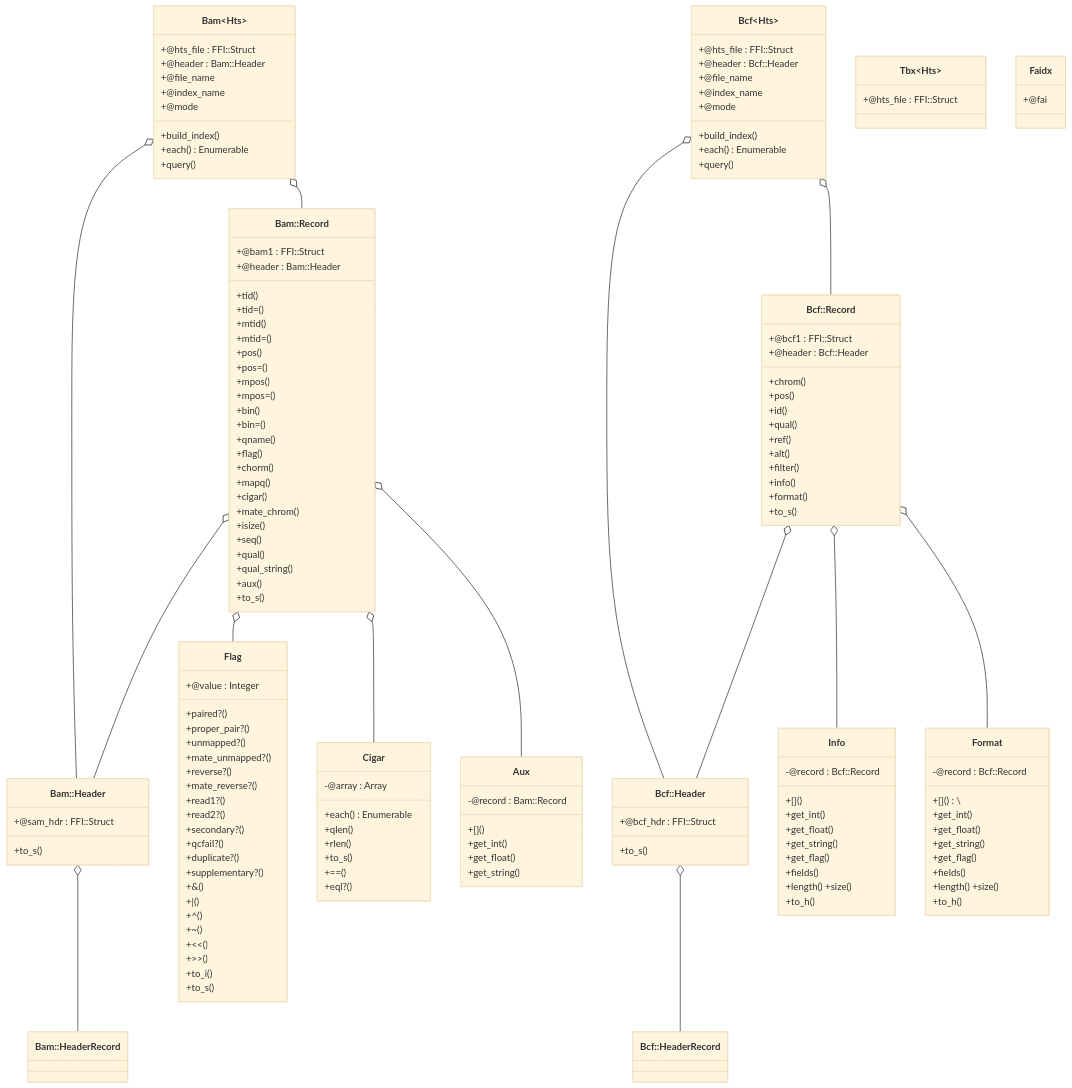
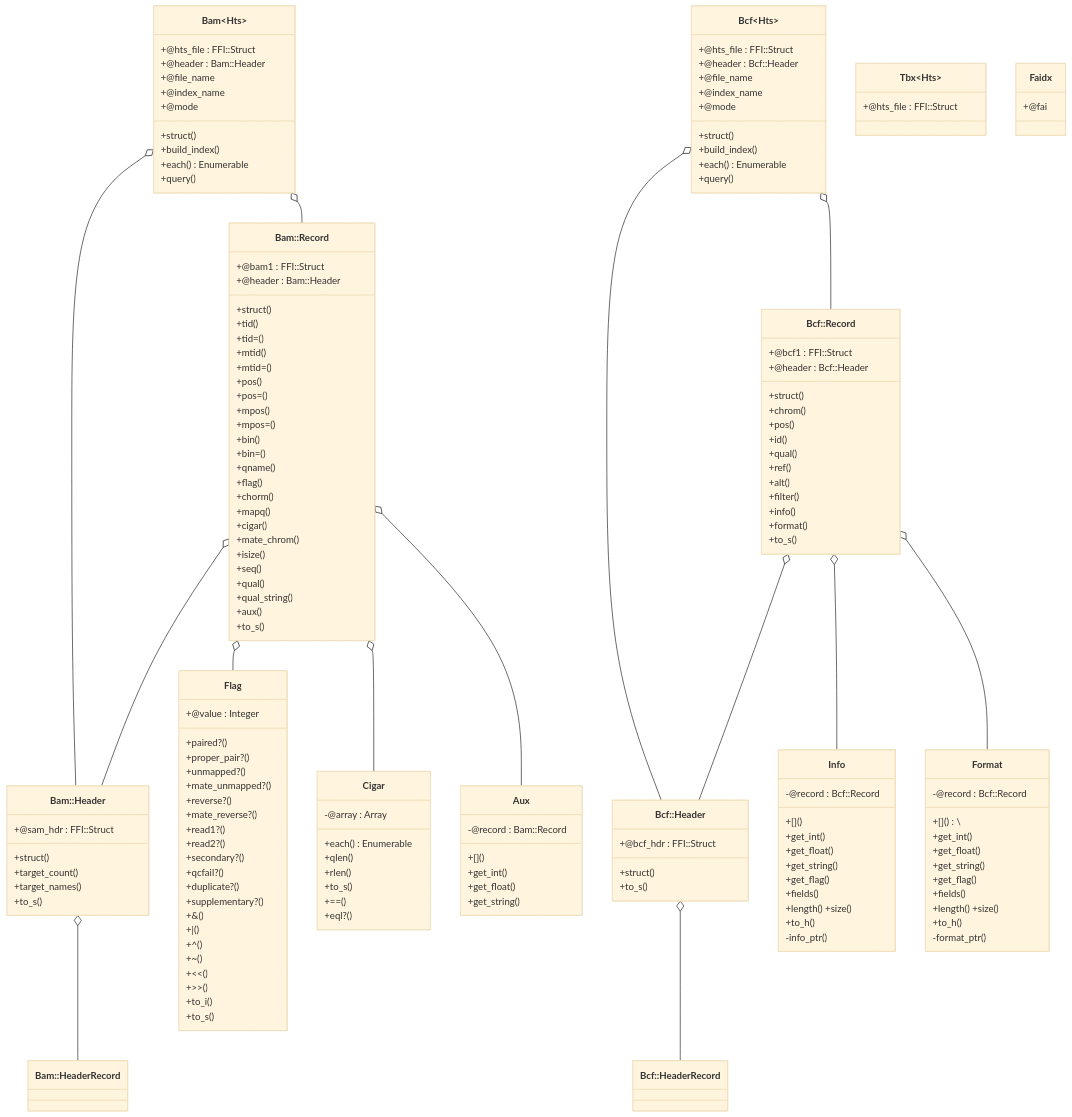
One commit to kojix2/ruby-htslib changed the diagram in TUTORIAL.md. Above: the diagram before and after it, drawn with Mermaid.

```diff
--- a/TUTORIAL.md
+++ b/TUTORIAL.md
@@ -22,6 +22,7 @@
   +@file_name
   +@index_name
   +@mode
+  +struct()
   +build_index()
   +each() Enumerable
   +query()
@@ -32,6 +33,7 @@
   +@file_name
   +@index_name
   +@mode
+  +struct()
   +build_index()
   +each() Enumerable
   +query()
@@ -41,11 +43,15 @@
 }
 class `Bam::Header`{
   +@sam_hdr : FFI::Struct
+  +struct()
+  +target_count()
+  +target_names()
   +to_s()
 }
 class `Bam::Record` {
   +@bam1 : FFI::Struct
   +@header : Bam::Header
+  +struct()
   +tid()
   +tid=()
   +mtid()
@@ -78,11 +84,13 @@
 }
 class `Bcf::Header`{
   +@bcf_hdr : FFI::Struct
+  +struct()
   +to_s()
 }
 class `Bcf::Record`{
   +@bcf1 : FFI::Struct
   +@header : Bcf::Header
+  +struct()
   +chrom()
   +pos()
   +id()
@@ -127,6 +135,7 @@
   +fields()
   +length() +size()
   +to_h()
+  -info_ptr()
 }
 class Format {
   -@record : Bcf::Record
@@ -138,6 +147,7 @@
   +fields()
   +length() +size()
   +to_h()
+  -format_ptr()
 }
 class Cigar {
   -@array : Array
```
